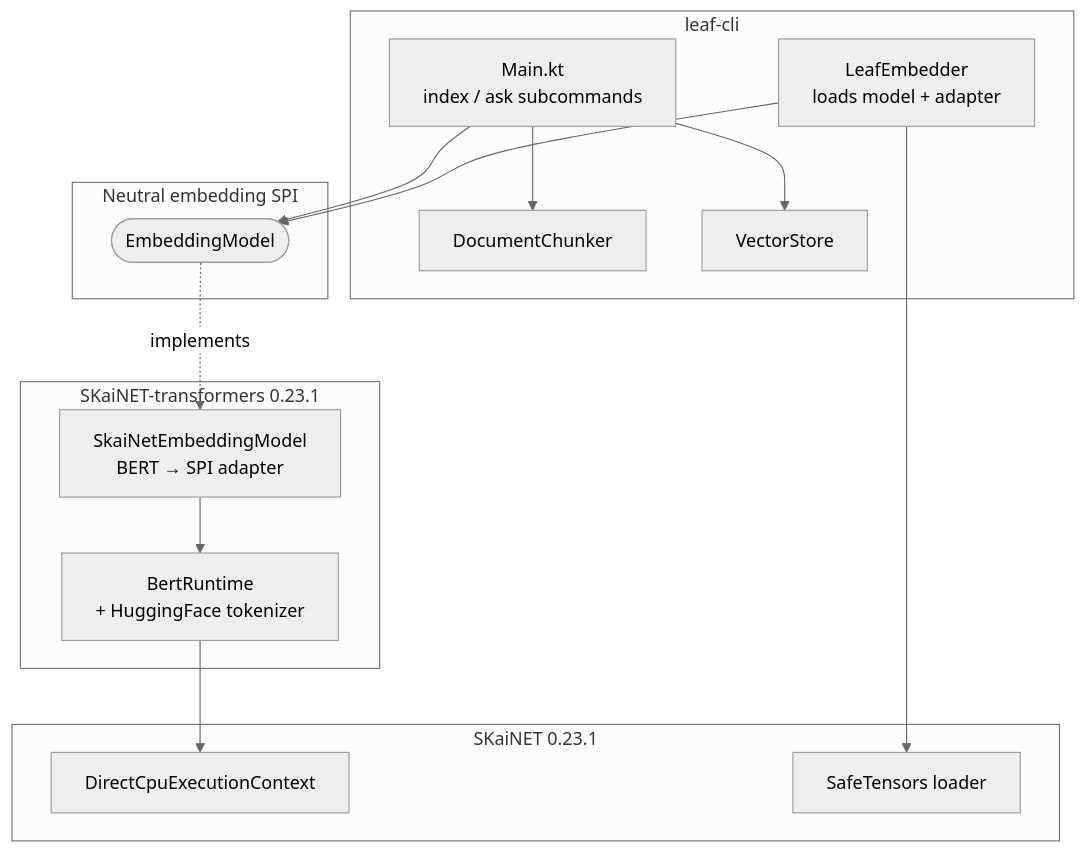
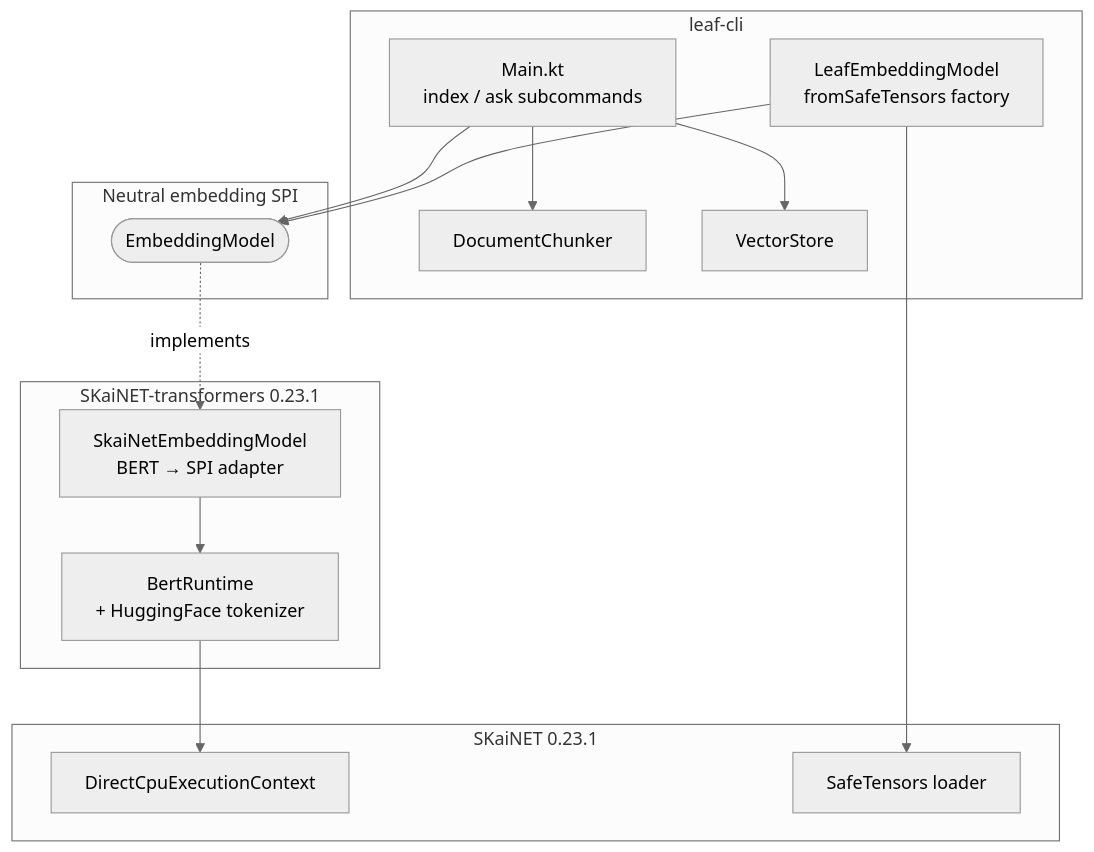
The second of 2 diagrams in README.md (michalharakal/SKaiNET-leaf-cli), drawn with Mermaid (neutral theme) before and after one commit. The commit also changed other lines of this file and 4 other files, not shown here.

````diff
--- a/README.md
+++ b/README.md
@@ -103,32 +103,32 @@
 ```mermaid
 flowchart TB
     subgraph CLI[leaf-cli]
         Main[Main.kt<br/>index / ask subcommands]
         Chunker[DocumentChunker]
         Store[VectorStore]
-        Loader[LeafEmbedder<br/>loads model + adapter]
+        Loader[LeafEmbeddingModel<br/>fromSafeTensors factory]
     end
 
     subgraph SPI[Neutral embedding SPI]
         EM([EmbeddingModel])
     end
 
     subgraph Transformers[SKaiNET-transformers 0.23.1]
         Adapter[SkaiNetEmbeddingModel<br/>BERT → SPI adapter]
         Bert[BertRuntime<br/>+ HuggingFace tokenizer]
     end
 
     subgraph Engine[SKaiNET 0.23.1]
         Ctx[DirectCpuExecutionContext]
         Safe[SafeTensors loader]
     end
 
     Main --> Chunker
     Main --> Store
     Main --> EM
     Loader --> EM
     EM -.implements.-> Adapter
     Adapter --> Bert
     Bert --> Ctx
     Loader --> Safe
 ```
````
